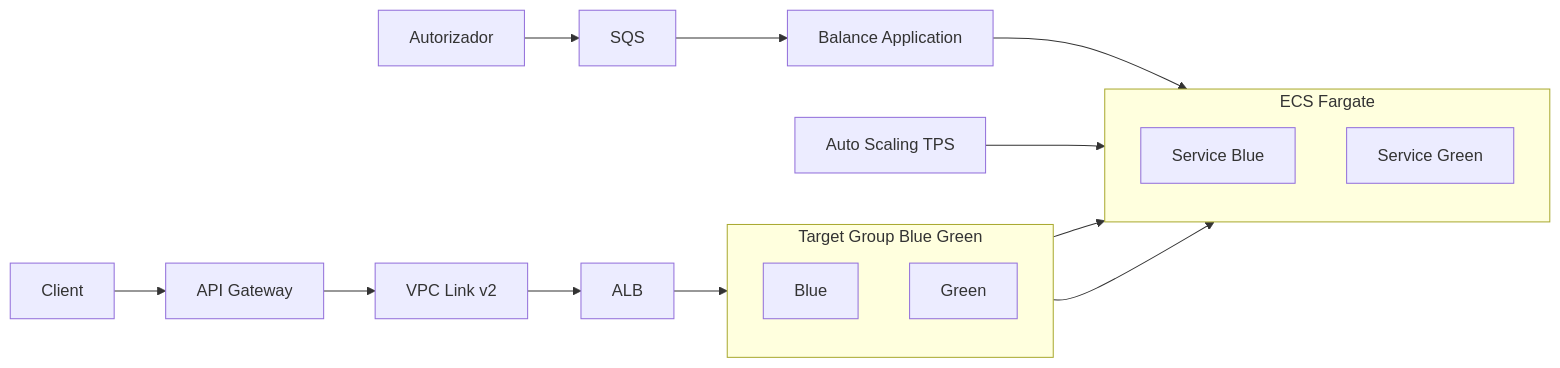
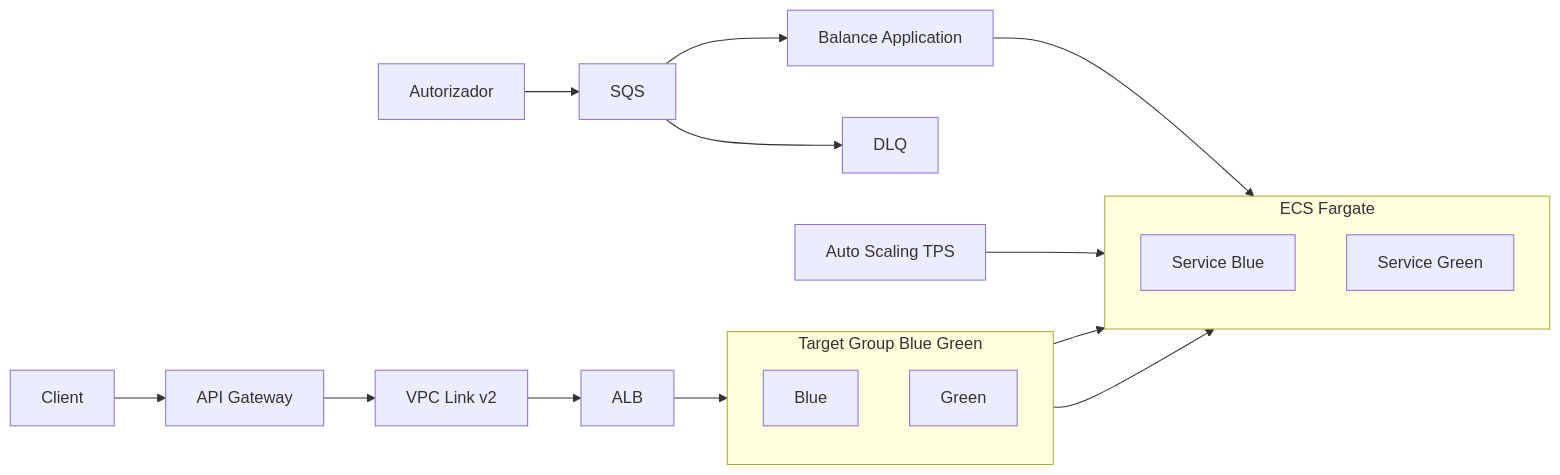
The diagram in README.md (eyaol/Balance-application), drawn with Mermaid before and after one commit. The commit also changed other lines of this file, not shown here.

````diff
--- a/README.md
+++ b/README.md
@@ -100,30 +100,31 @@
 ```mermaid
 flowchart LR
   client[Client] --> apigw[API Gateway]
   apigw --> vpclink[VPC Link v2]
   vpclink --> alb[ALB]
 
   subgraph tg[Target Group Blue Green]
     direction TB
     tg_blue[Blue]
     tg_green[Green]
   end
 
   alb --> tg
 
   subgraph ecsf[ECS Fargate]
     direction TB
     svc_blue[Service Blue]
     svc_green[Service Green]
   end
 
   tg_blue --> svc_blue
   tg_green --> svc_green
 
   auth[Autorizador] --> sqs[SQS]
+  sqs --> dlq[DLQ]
   sqs --> app[Balance Application]
 
   app --> ecsf
 
   scaling[Auto Scaling TPS] --> ecsf
 ```
````
